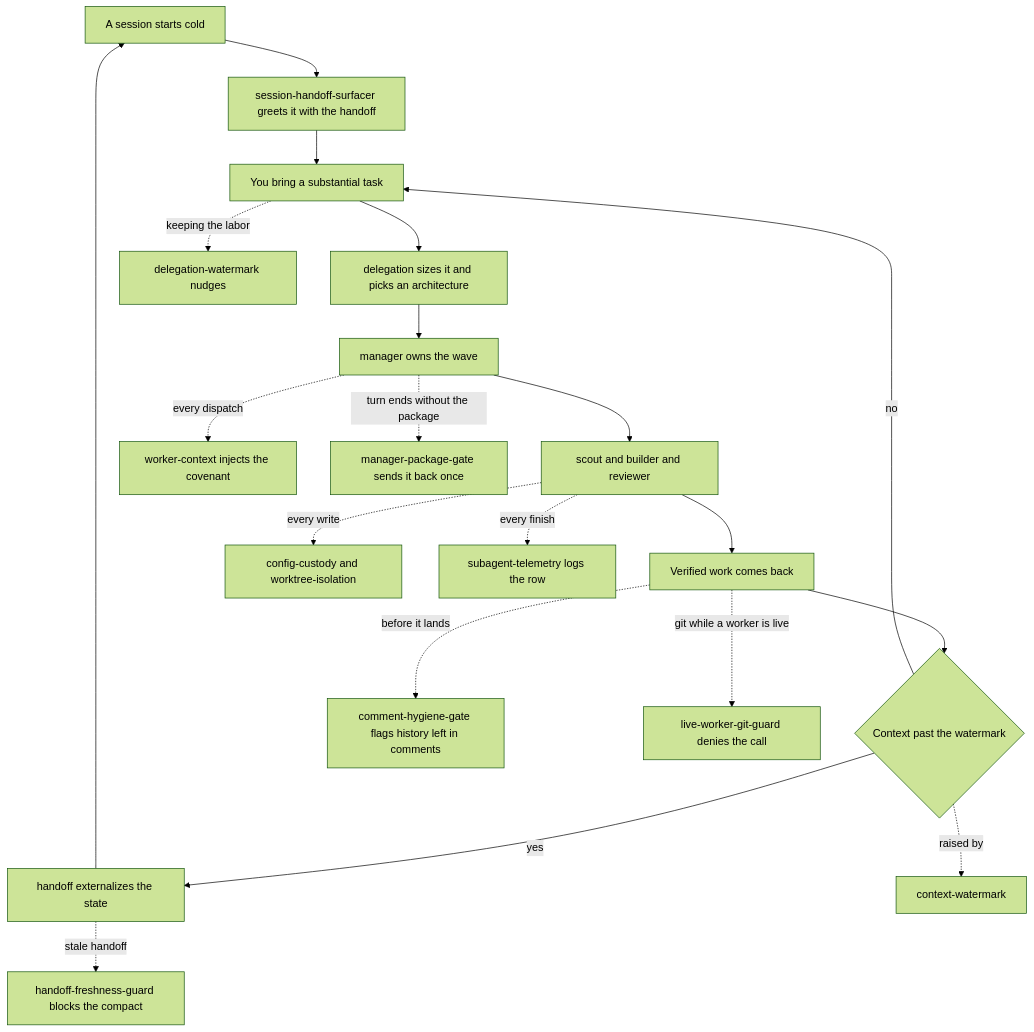
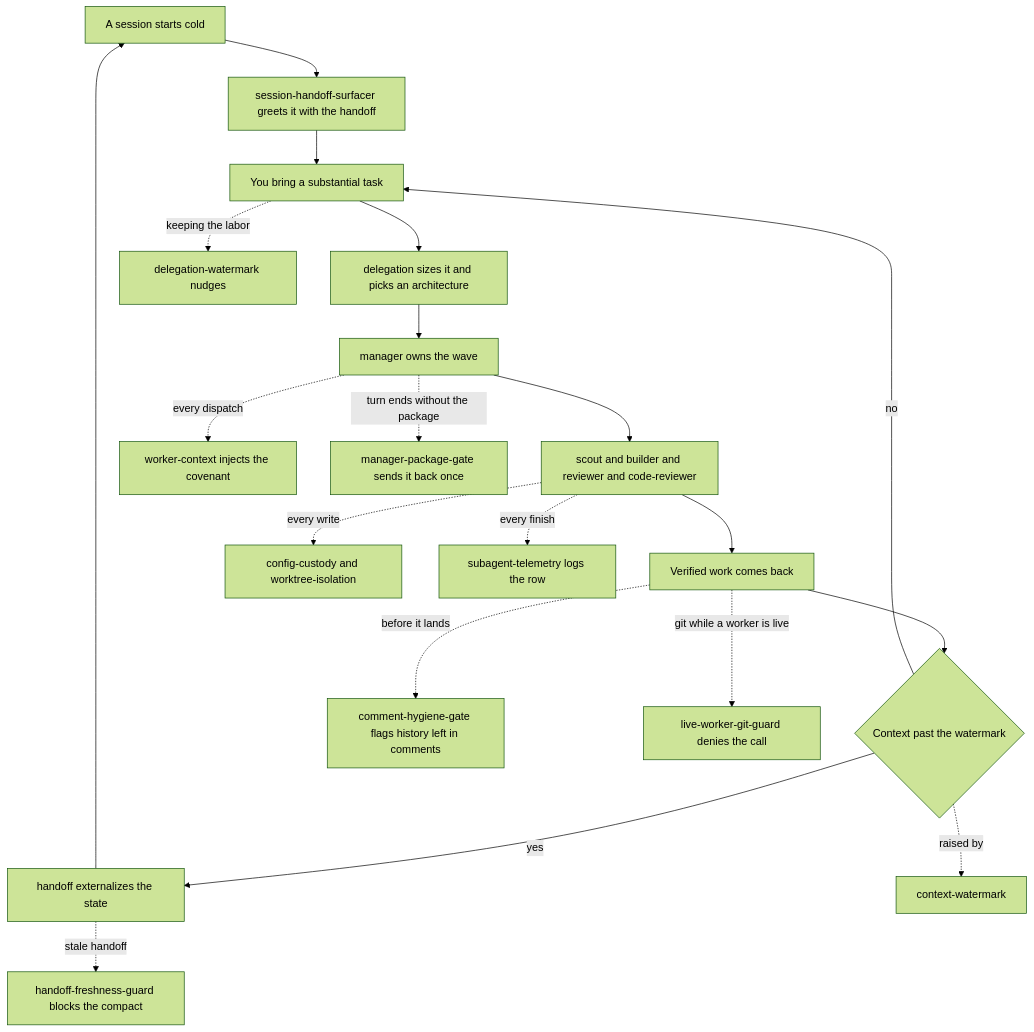
The diagram in plugins/atelier/README.md (hsb3/dotfiles-agents), drawn with Mermaid (forest theme) before and after one commit. The commit also changed other lines of this file and 60 other files, not shown here.

````diff
--- a/plugins/atelier/README.md
+++ b/plugins/atelier/README.md
@@ -16,23 +16,23 @@
 ```mermaid
 flowchart TD
     Cold[A session starts cold] --> Surf[session-handoff-surfacer greets it with the handoff]
     Surf --> Work[You bring a substantial task]
     Work --> Del[delegation sizes it and picks an architecture]
     Del --> Mgr[manager owns the wave]
-    Mgr --> Workers[scout and builder and reviewer]
+    Mgr --> Workers[scout and builder and reviewer and code-reviewer]
     Workers --> Done[Verified work comes back]
     Done --> Ctx{Context past the watermark}
     Ctx -->|no| Work
     Ctx -->|yes| Hand[handoff externalizes the state]
     Hand --> Cold
 
     Done -.->|before it lands| CH[comment-hygiene-gate flags history left in comments]
     Work -.->|keeping the labor| DW[delegation-watermark nudges]
     Mgr -.->|every dispatch| WC[worker-context injects the covenant]
     Workers -.->|every write| CC[config-custody and worktree-isolation]
     Workers -.->|every finish| Tel[subagent-telemetry logs the row]
     Mgr -.->|turn ends without the package| PG[manager-package-gate sends it back once]
     Done -.->|git while a worker is live| GG[live-worker-git-guard denies the call]
     Ctx -.->|raised by| CW[context-watermark]
     Hand -.->|stale handoff| FG[handoff-freshness-guard blocks the compact]
 ```
````
